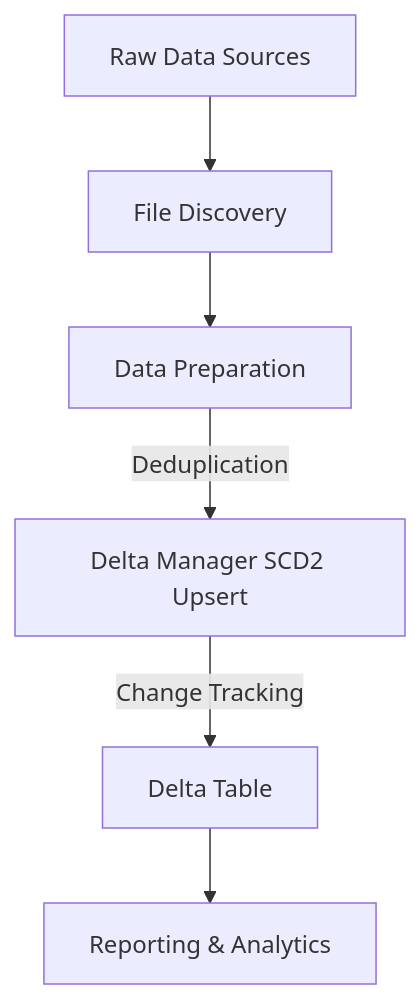
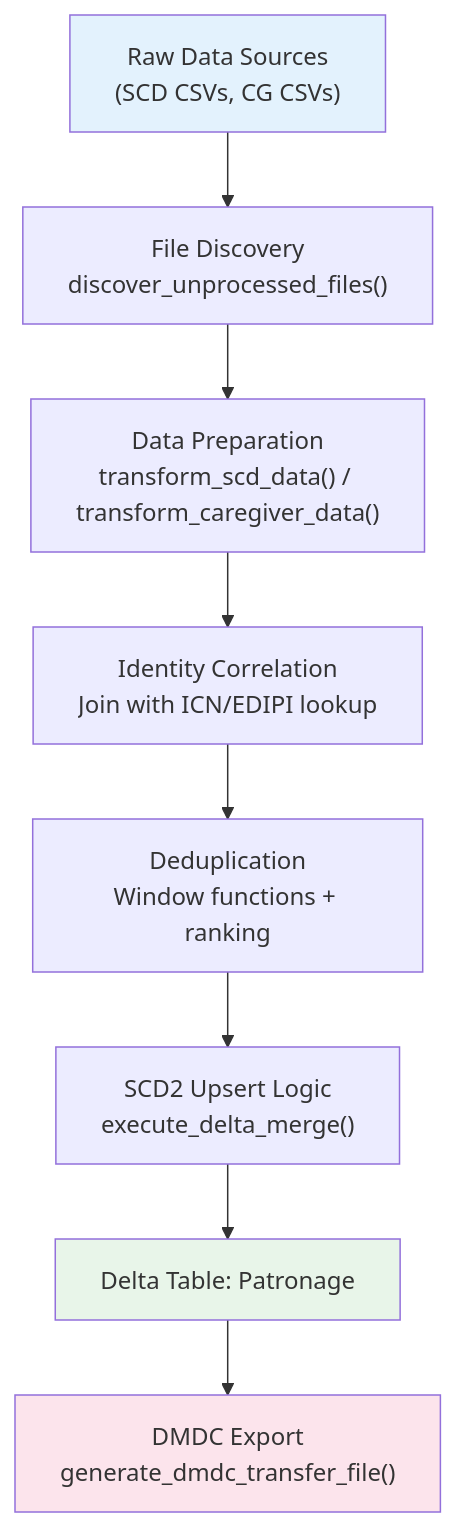
Before and after one commit to BhaveshVA/Patronage: the third of 7 diagrams in README.md, drawn with Mermaid. The commit also changed other lines of this file, not shown here.

First line of the commit message:
Revise README for architecture and processing updates

````diff
--- a/README.md
+++ b/README.md
@@ -64,8 +117,14 @@
 ```mermaid
 flowchart TD
-    A[Raw Data Sources] --> B[File Discovery]
-    B --> C[Data Preparation]
-    C -- Deduplication --> D["Delta Manager SCD2 Upsert"]
-    D -- Change Tracking --> E[Delta Table]
-    E --> F[Reporting & Analytics]
+    A["Raw Data Sources<br/>(SCD CSVs, CG CSVs)"] --> B["File Discovery<br/>discover_unprocessed_files()"]
+    B --> C["Data Preparation<br/>transform_scd_data() / transform_caregiver_data()"]
+    C --> D["Identity Correlation<br/>Join with ICN/EDIPI lookup"]
+    D --> E["Deduplication<br/>Window functions + ranking"]
+    E --> F["SCD2 Upsert Logic<br/>execute_delta_merge()"]
+    F --> G["Delta Table: Patronage"]
+    G --> H["DMDC Export<br/>generate_dmdc_transfer_file()"]
+    
+    style A fill:#e3f2fd
+    style G fill:#e8f5e9
+    style H fill:#fce4ec
 ```
````
